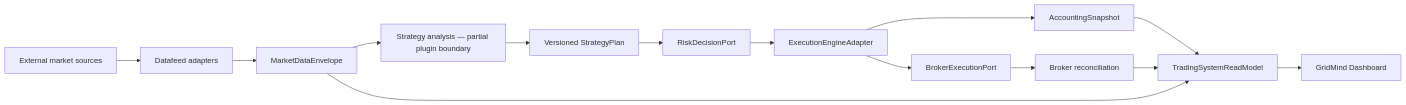
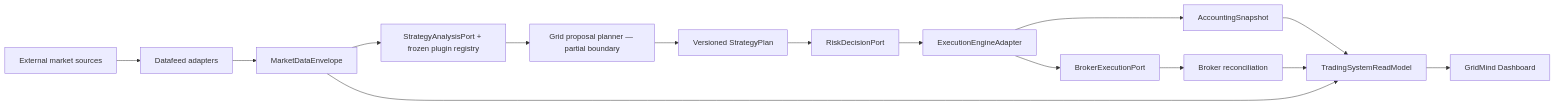
One commit to zinan92/trading-system changed the diagram in docs/trading-system-ports-and-adapters-audit-2026-07-18.md. Above: the diagram before and after it, drawn with Mermaid. The commit also changed other lines of this file and 1 other file, not shown here.

Commit message:
test(architecture): freeze A8 strategy boundary

````diff
--- a/docs/trading-system-ports-and-adapters-audit-2026-07-18.md
+++ b/docs/trading-system-ports-and-adapters-audit-2026-07-18.md
@@ -41,16 +41,17 @@
 ```mermaid
 flowchart LR
     S["External market sources"] --> DA["Datafeed adapters"]
     DA --> ME["MarketDataEnvelope"]
-    ME --> SA["Strategy analysis — partial plugin boundary"]
-    SA --> SP["Versioned StrategyPlan"]
+    ME --> SA["StrategyAnalysisPort + frozen plugin registry"]
+    SA --> GP["Grid proposal planner — partial boundary"]
+    GP --> SP["Versioned StrategyPlan"]
     SP --> RP["RiskDecisionPort"]
     RP --> EP["ExecutionEngineAdapter"]
     EP --> AP["AccountingSnapshot"]
     EP --> BP["BrokerExecutionPort"]
     BP --> BR["Broker reconciliation"]
     AP --> RM["TradingSystemReadModel"]
     BR --> RM
     ME --> RM
     RM --> UI["GridMind Dashboard"]
 ```
````
